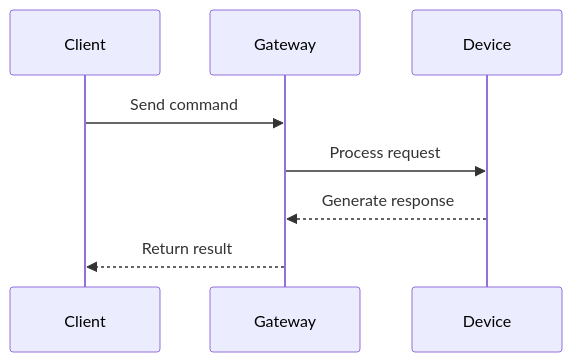
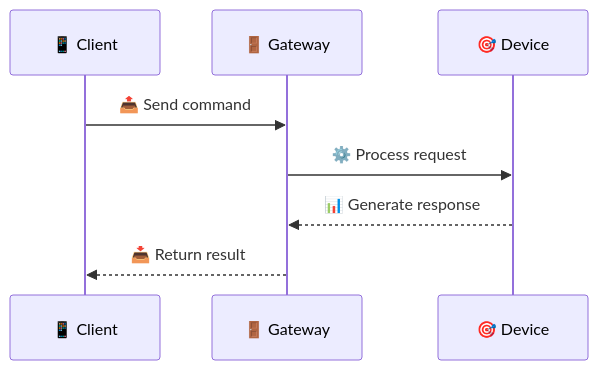
One commit to paulocfmarques-collab/esp32_wifi changed the fourth of 5 diagrams in README.md. Above: the diagram before and after it, drawn with Mermaid. The commit also changed other lines of this file, not shown here.

````diff
--- a/README.md
+++ b/README.md
@@ -141,11 +201,11 @@
 ```mermaid
 sequenceDiagram
-    participant Client
-    participant Gateway
-    participant Device
+    participant Client as 📱 Client
+    participant Gateway as 🚪 Gateway
+    participant Device as 🎯 Device
 
-    Client->>Gateway: Send command
-    Gateway->>Device: Process request
-    Device-->>Gateway: Generate response
-    Gateway-->>Client: Return result
+    Client->>Gateway: 📤 Send command
+    Gateway->>Device: ⚙️ Process request
+    Device-->>Gateway: 📊 Generate response
+    Gateway-->>Client: 📥 Return result
 ```
````
